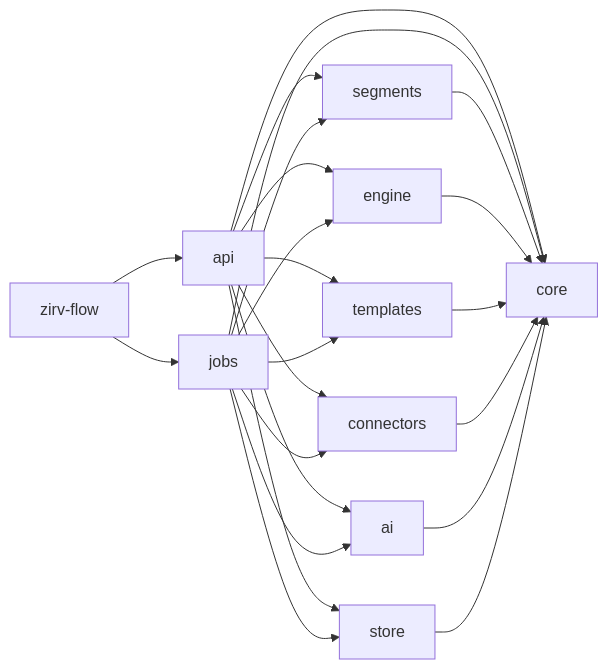
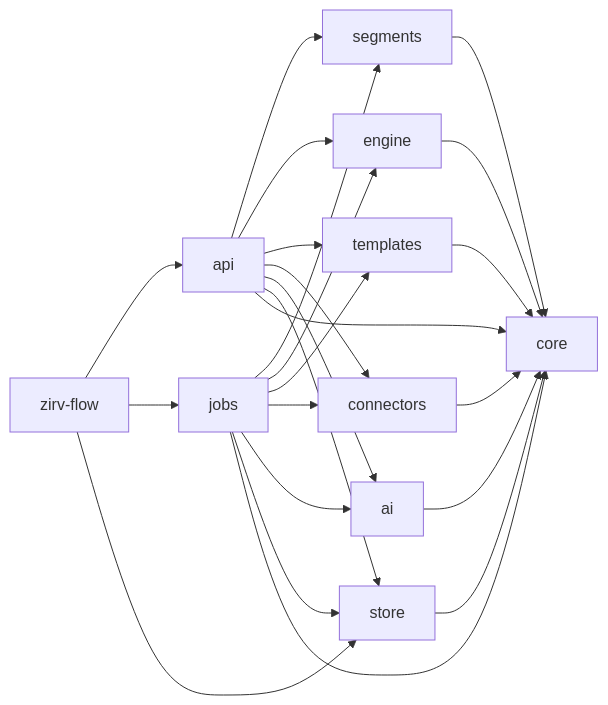
The third of 6 diagrams in docs/architecture.md (Glubiz/zirv-flow), drawn with Mermaid before and after one commit. The commit also changed other lines of this file and 23 other files, not shown here.

````diff
--- a/docs/architecture.md
+++ b/docs/architecture.md
@@ -150,7 +150,7 @@
 ```mermaid
 flowchart LR
-  bin[zirv-flow] --> api & jobs
+  bin[zirv-flow] --> api & jobs & store
   api --> segments & engine & templates & connectors & ai & store & core
   jobs --> segments & engine & templates & connectors & ai & store & core
   segments & engine & templates & connectors & ai & store --> core
 ```
````
